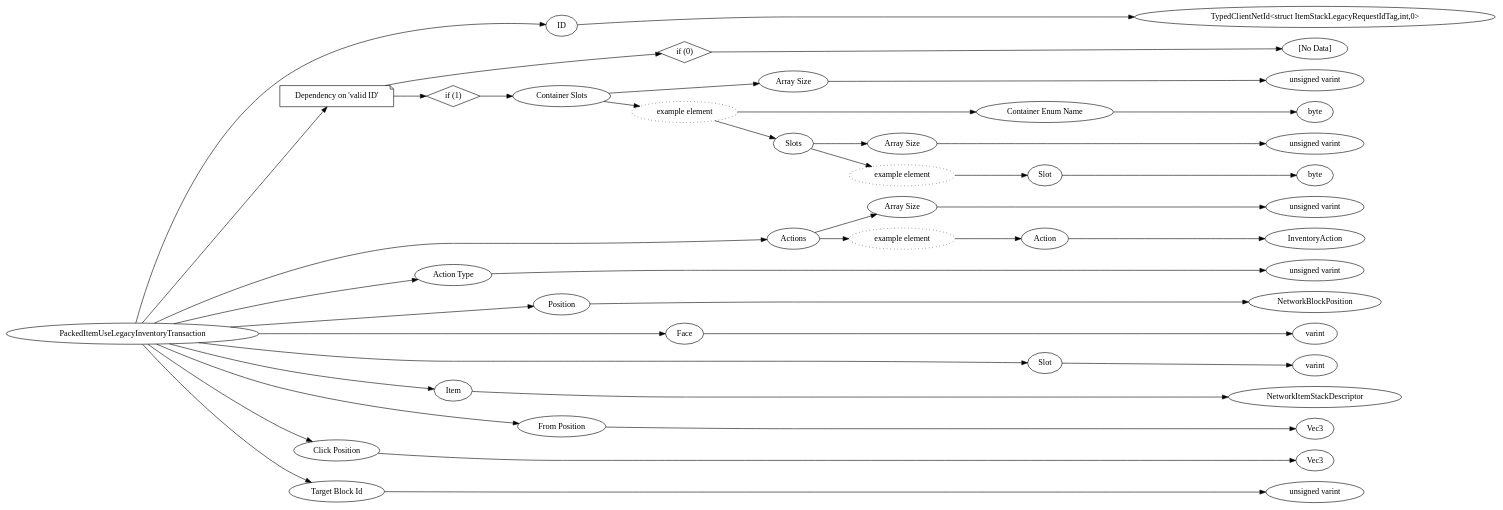
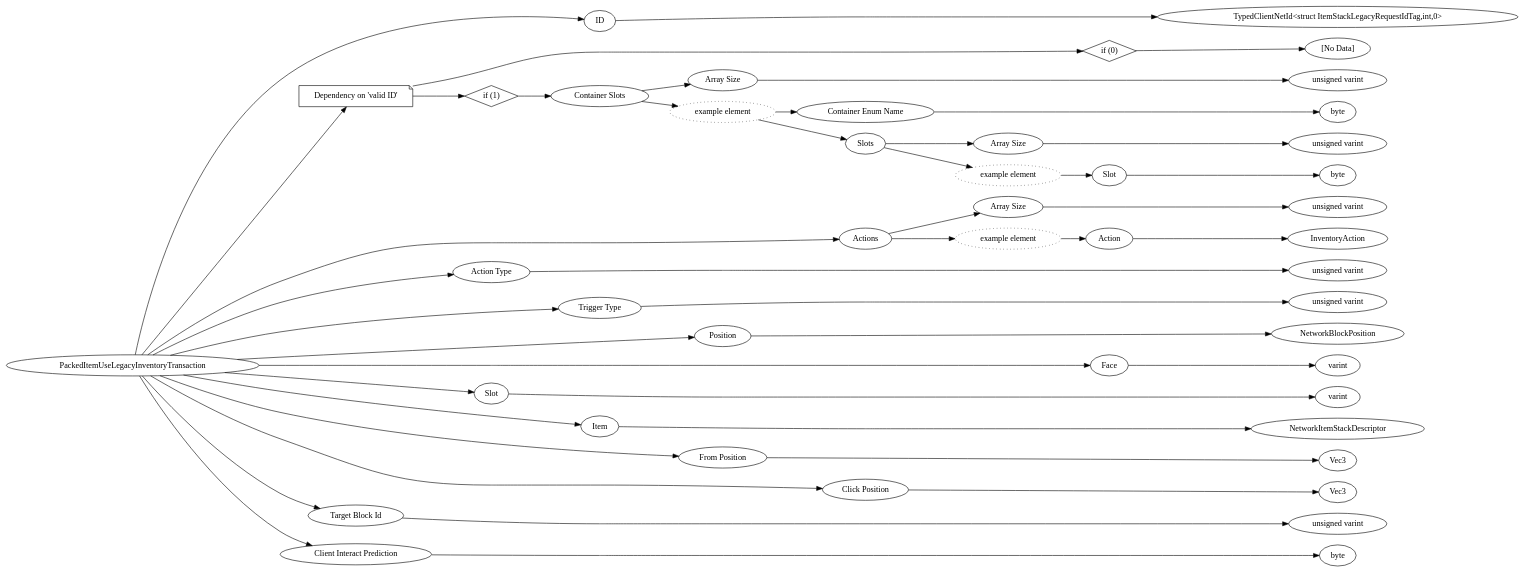
One commit to MiemieMethod/bedrock-docs-generator changed the diagram in assets/protocols/dot/PackedItemUseLegacyInventoryTransaction.dot. Above: the diagram before and after it, drawn with Graphviz. The commit also changed 712 other files, not shown here.

```diff
--- a/assets/protocols/dot/PackedItemUseLegacyInventoryTransaction.dot
+++ b/assets/protocols/dot/PackedItemUseLegacyInventoryTransaction.dot
@@ -1,88 +1,96 @@
 digraph "PackedItemUseLegacyInventoryTransaction" {
 rankdir = LR
 32
 32 -> 33
 33 -> 37
 32 -> 38
 38 -> 39
 39 -> 40
 38 -> 41
 41 -> 42
 42 -> 43
 43 -> 44
 42 -> 45
 45 -> 46
 46 -> 47
 45 -> 48
 48 -> 49
 49 -> 50
 48 -> 51
 51 -> 52
 52 -> 53
 32 -> 54
 54 -> 55
 55 -> 56
 54 -> 57
 57 -> 58
 58 -> 59
 32 -> 60
 60 -> 61
 32 -> 62
 62 -> 63
 32 -> 64
 64 -> 65
 32 -> 66
 66 -> 67
 32 -> 68
 68 -> 69
 32 -> 70
 70 -> 71
 32 -> 72
 72 -> 73
 32 -> 74
 74 -> 75
+32 -> 76
+76 -> 77
+32 -> 78
+78 -> 79
 
 32 [label="PackedItemUseLegacyInventoryTransaction",comment="name: \"PackedItemUseLegacyInventoryTransaction\", typeName: \"\", id: 32, branchId: 0, recurseId: -1, attributes: 0, notes: \"\""];
 33 [label="ID",comment="name: \"ID\", typeName: \"TypedClientNetId<struct ItemStackLegacyRequestIdTag,int,0>\", id: 33, branchId: 0, recurseId: -1, attributes: 256, notes: \"\""];
 37 [label="TypedClientNetId<struct ItemStackLegacyRequestIdTag,int,0>",comment="name: \"TypedClientNetId<struct ItemStackLegacyRequestIdTag,int,0>\", typeName: \"\", id: 37, branchId: 0, recurseId: -1, attributes: 512, notes: \"\""];
 38 [label="Dependency on 'valid ID'",shape=note,comment="name: \"Dependency on 'valid ID'\", typeName: \"\", id: 38, branchId: 0, recurseId: -1, attributes: 2, notes: \"\""];
 39 [label="if (0)",shape=diamond,comment="name: \"if (0)\", typeName: \"\", id: 39, branchId: 0, recurseId: -1, attributes: 4, notes: \"\""];
 40 [label="[No Data]",comment="name: \"[No Data]\", typeName: \"\", id: 40, branchId: 0, recurseId: -1, attributes: 512, notes: \"\""];
 41 [label="if (1)",shape=diamond,comment="name: \"if (1)\", typeName: \"\", id: 41, branchId: 1, recurseId: -1, attributes: 4, notes: \"\""];
 42 [label="Container Slots",comment="name: \"Container Slots\", typeName: \"\", id: 42, branchId: 0, recurseId: -1, attributes: 8, notes: \"\""];
 43 [label="Array Size",comment="name: \"Array Size\", typeName: \"\", id: 43, branchId: 0, recurseId: -1, attributes: 0, notes: \"\""];
 44 [label="unsigned varint",comment="name: \"unsigned varint\", typeName: \"\", id: 44, branchId: 0, recurseId: -1, attributes: 512, notes: \"\""];
 45 [label="example element",style=dotted,comment="name: \"example element\", typeName: \"\", id: 45, branchId: 0, recurseId: -1, attributes: 16, notes: \"\""];
 46 [label="Container Enum Name",comment="name: \"Container Enum Name\", typeName: \"\", id: 46, branchId: 0, recurseId: -1, attributes: 0, notes: \"\""];
 47 [label="byte",comment="name: \"byte\", typeName: \"\", id: 47, branchId: 0, recurseId: -1, attributes: 512, notes: \"\""];
 48 [label="Slots",comment="name: \"Slots\", typeName: \"\", id: 48, branchId: 0, recurseId: -1, attributes: 8, notes: \"\""];
 49 [label="Array Size",comment="name: \"Array Size\", typeName: \"\", id: 49, branchId: 0, recurseId: -1, attributes: 0, notes: \"\""];
 50 [label="unsigned varint",comment="name: \"unsigned varint\", typeName: \"\", id: 50, branchId: 0, recurseId: -1, attributes: 512, notes: \"\""];
 51 [label="example element",style=dotted,comment="name: \"example element\", typeName: \"\", id: 51, branchId: 0, recurseId: -1, attributes: 16, notes: \"\""];
 52 [label="Slot",comment="name: \"Slot\", typeName: \"\", id: 52, branchId: 0, recurseId: -1, attributes: 0, notes: \"\""];
 53 [label="byte",comment="name: \"byte\", typeName: \"\", id: 53, branchId: 0, recurseId: -1, attributes: 512, notes: \"\""];
 54 [label="Actions",comment="name: \"Actions\", typeName: \"\", id: 54, branchId: 0, recurseId: -1, attributes: 8, notes: \"\""];
 55 [label="Array Size",comment="name: \"Array Size\", typeName: \"\", id: 55, branchId: 0, recurseId: -1, attributes: 0, notes: \"\""];
 56 [label="unsigned varint",comment="name: \"unsigned varint\", typeName: \"\", id: 56, branchId: 0, recurseId: -1, attributes: 512, notes: \"\""];
 57 [label="example element",style=dotted,comment="name: \"example element\", typeName: \"\", id: 57, branchId: 0, recurseId: -1, attributes: 16, notes: \"\""];
 58 [label="Action",comment="name: \"Action\", typeName: \"InventoryAction\", id: 58, branchId: 0, recurseId: -1, attributes: 256, notes: \"\""];
 59 [label="InventoryAction",comment="name: \"InventoryAction\", typeName: \"\", id: 59, branchId: 0, recurseId: -1, attributes: 512, notes: \"\""];
 60 [label="Action Type",comment="name: \"Action Type\", typeName: \"\", id: 60, branchId: 0, recurseId: -1, attributes: 0, notes: \"\""];
 61 [label="unsigned varint",comment="name: \"unsigned varint\", typeName: \"\", id: 61, branchId: 0, recurseId: -1, attributes: 512, notes: \"\""];
-62 [label="Position",comment="name: \"Position\", typeName: \"NetworkBlockPosition\", id: 62, branchId: 0, recurseId: -1, attributes: 256, notes: \"\""];
-63 [label="NetworkBlockPosition",comment="name: \"NetworkBlockPosition\", typeName: \"\", id: 63, branchId: 0, recurseId: -1, attributes: 512, notes: \"\""];
-64 [label="Face",comment="name: \"Face\", typeName: \"\", id: 64, branchId: 0, recurseId: -1, attributes: 0, notes: \"\""];
-65 [label="varint",comment="name: \"varint\", typeName: \"\", id: 65, branchId: 0, recurseId: -1, attributes: 512, notes: \"\""];
-66 [label="Slot",comment="name: \"Slot\", typeName: \"\", id: 66, branchId: 0, recurseId: -1, attributes: 0, notes: \"\""];
+62 [label="Trigger Type",comment="name: \"Trigger Type\", typeName: \"\", id: 62, branchId: 0, recurseId: -1, attributes: 0, notes: \"PlayerInput if it's a direct result from a player's initial button input,		SimulationTick if the player is holding down the input button started from a previous tick.\""];
+63 [label="unsigned varint",comment="name: \"unsigned varint\", typeName: \"\", id: 63, branchId: 0, recurseId: -1, attributes: 512, notes: \"\""];
+64 [label="Position",comment="name: \"Position\", typeName: \"NetworkBlockPosition\", id: 64, branchId: 0, recurseId: -1, attributes: 256, notes: \"\""];
+65 [label="NetworkBlockPosition",comment="name: \"NetworkBlockPosition\", typeName: \"\", id: 65, branchId: 0, recurseId: -1, attributes: 512, notes: \"\""];
+66 [label="Face",comment="name: \"Face\", typeName: \"\", id: 66, branchId: 0, recurseId: -1, attributes: 0, notes: \"\""];
 67 [label="varint",comment="name: \"varint\", typeName: \"\", id: 67, branchId: 0, recurseId: -1, attributes: 512, notes: \"\""];
-68 [label="Item",comment="name: \"Item\", typeName: \"NetworkItemStackDescriptor\", id: 68, branchId: 0, recurseId: -1, attributes: 256, notes: \"\""];
-69 [label="NetworkItemStackDescriptor",comment="name: \"NetworkItemStackDescriptor\", typeName: \"\", id: 69, branchId: 0, recurseId: -1, attributes: 512, notes: \"\""];
-70 [label="From Position",comment="name: \"From Position\", typeName: \"Vec3\", id: 70, branchId: 0, recurseId: -1, attributes: 256, notes: \"\""];
-71 [label="Vec3",comment="name: \"Vec3\", typeName: \"\", id: 71, branchId: 0, recurseId: -1, attributes: 512, notes: \"\""];
-72 [label="Click Position",comment="name: \"Click Position\", typeName: \"Vec3\", id: 72, branchId: 0, recurseId: -1, attributes: 256, notes: \"\""];
+68 [label="Slot",comment="name: \"Slot\", typeName: \"\", id: 68, branchId: 0, recurseId: -1, attributes: 0, notes: \"\""];
+69 [label="varint",comment="name: \"varint\", typeName: \"\", id: 69, branchId: 0, recurseId: -1, attributes: 512, notes: \"\""];
+70 [label="Item",comment="name: \"Item\", typeName: \"NetworkItemStackDescriptor\", id: 70, branchId: 0, recurseId: -1, attributes: 256, notes: \"\""];
+71 [label="NetworkItemStackDescriptor",comment="name: \"NetworkItemStackDescriptor\", typeName: \"\", id: 71, branchId: 0, recurseId: -1, attributes: 512, notes: \"\""];
+72 [label="From Position",comment="name: \"From Position\", typeName: \"Vec3\", id: 72, branchId: 0, recurseId: -1, attributes: 256, notes: \"\""];
 73 [label="Vec3",comment="name: \"Vec3\", typeName: \"\", id: 73, branchId: 0, recurseId: -1, attributes: 512, notes: \"\""];
-74 [label="Target Block Id",comment="name: \"Target Block Id\", typeName: \"\", id: 74, branchId: 0, recurseId: -1, attributes: 0, notes: \"\""];
-75 [label="unsigned varint",comment="name: \"unsigned varint\", typeName: \"\", id: 75, branchId: 0, recurseId: -1, attributes: 512, notes: \"\""];
-{ rank = max;37;40;44;47;50;53;56;59;61;63;65;67;69;71;73;75}
+74 [label="Click Position",comment="name: \"Click Position\", typeName: \"Vec3\", id: 74, branchId: 0, recurseId: -1, attributes: 256, notes: \"\""];
+75 [label="Vec3",comment="name: \"Vec3\", typeName: \"\", id: 75, branchId: 0, recurseId: -1, attributes: 512, notes: \"\""];
+76 [label="Target Block Id",comment="name: \"Target Block Id\", typeName: \"\", id: 76, branchId: 0, recurseId: -1, attributes: 0, notes: \"\""];
+77 [label="unsigned varint",comment="name: \"unsigned varint\", typeName: \"\", id: 77, branchId: 0, recurseId: -1, attributes: 512, notes: \"\""];
+78 [label="Client Interact Prediction",comment="name: \"Client Interact Prediction\", typeName: \"\", id: 78, branchId: 0, recurseId: -1, attributes: 0, notes: \"\""];
+79 [label="byte",comment="name: \"byte\", typeName: \"\", id: 79, branchId: 0, recurseId: -1, attributes: 512, notes: \"\""];
+{ rank = max;37;40;44;47;50;53;56;59;61;63;65;67;69;71;73;75;77;79}
 
 }
```
